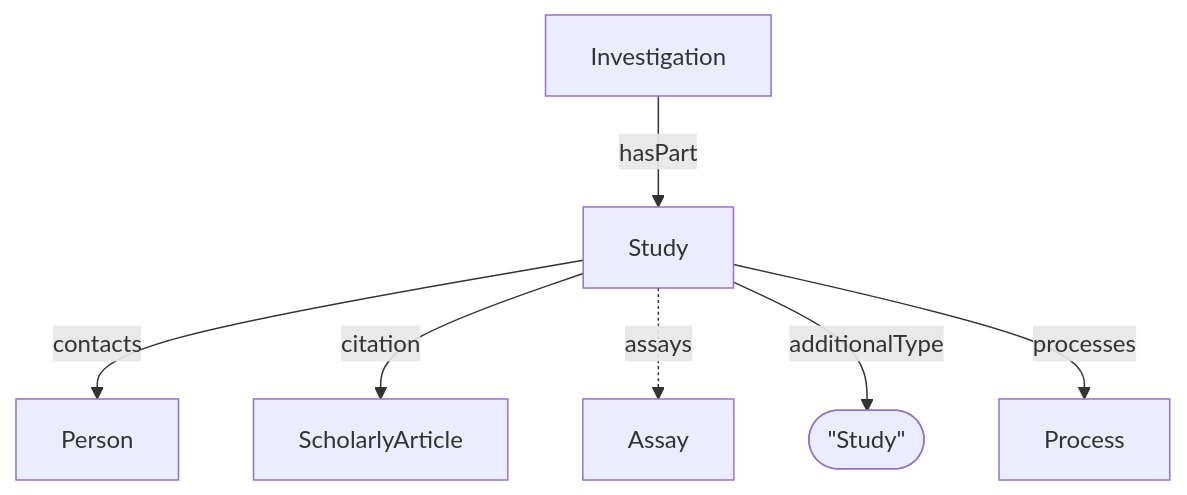
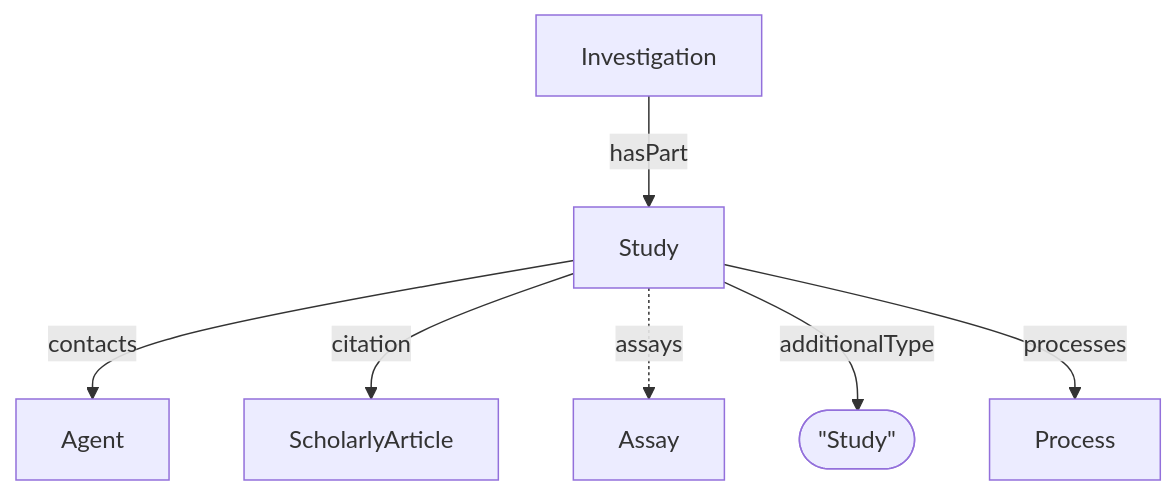
The diagram in docs/spec/decorations/isa/Study.md (HLWeil/ProcessCore), drawn with Mermaid before and after one commit. The commit also changed other lines of this file and 60 other files, not shown here.

````diff
--- a/docs/spec/decorations/isa/Study.md
+++ b/docs/spec/decorations/isa/Study.md
@@ -27,12 +27,12 @@
 ```mermaid
 flowchart TD
 
     at@{ shape: stadium, label: "\"Study\"" }
 
-    Study --contacts--> Person
+    Study --contacts--> Agent
     Study --citation--> ScholarlyArticle
     Investigation --hasPart--> Study
     Study -.assays.-> Assay
     Study --additionalType--> at
     Study --processes--> Process
 ```
````
